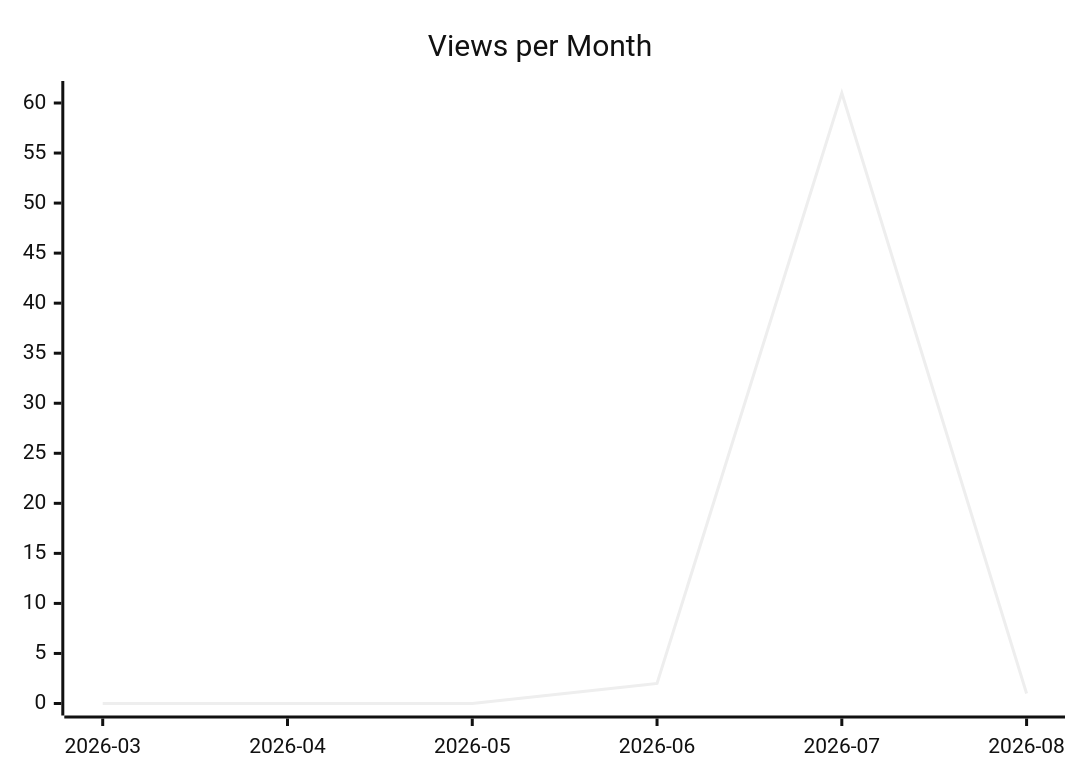
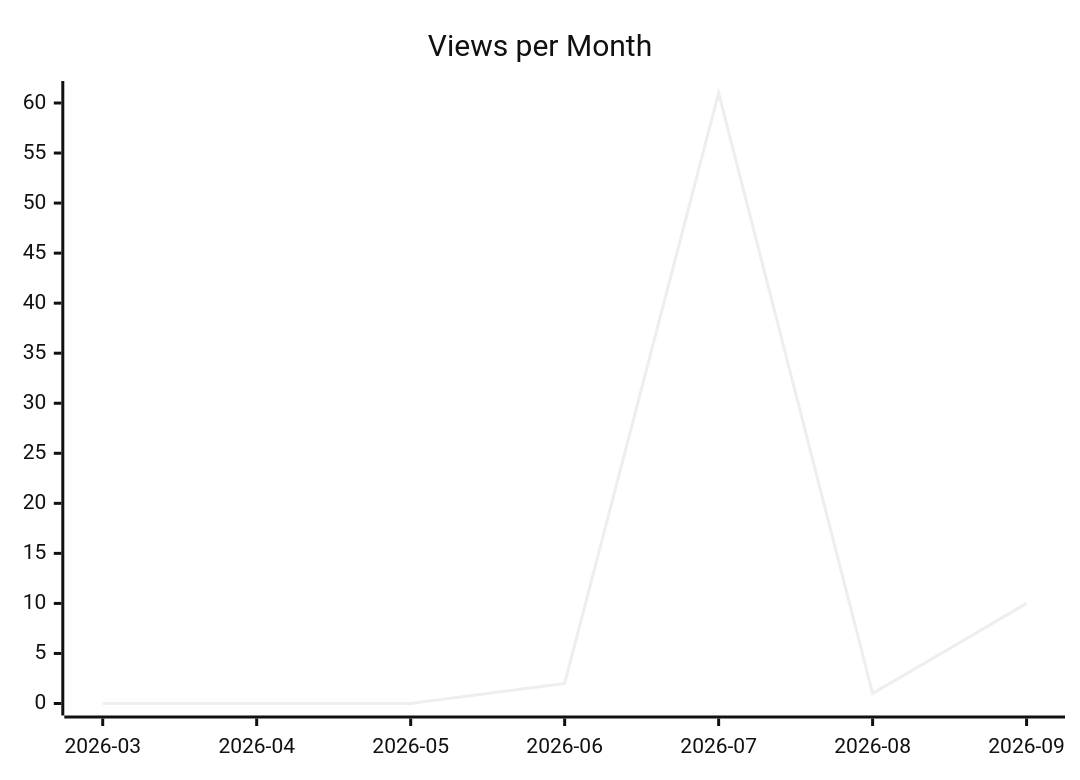
Before and after one commit to justdavis-family/github-analytics-data: the second of 3 diagrams in karlmdavis/dotfiles/README.md, drawn with Mermaid (neutral theme). The commit also changed other lines of this file and 191 other files, not shown here.

````diff
--- a/karlmdavis/dotfiles/README.md
+++ b/karlmdavis/dotfiles/README.md
@@ -12,6 +12,6 @@
 ```mermaid
 xychart-beta
   title "Views per Month"
-  x-axis ["2026-03", "2026-04", "2026-05", "2026-06", "2026-07", "2026-08"]
-  line [0, 0, 0, 2, 61, 1]
+  x-axis ["2026-03", "2026-04", "2026-05", "2026-06", "2026-07", "2026-08", "2026-09"]
+  line [0, 0, 0, 2, 61, 1, 10]
 ```
````
